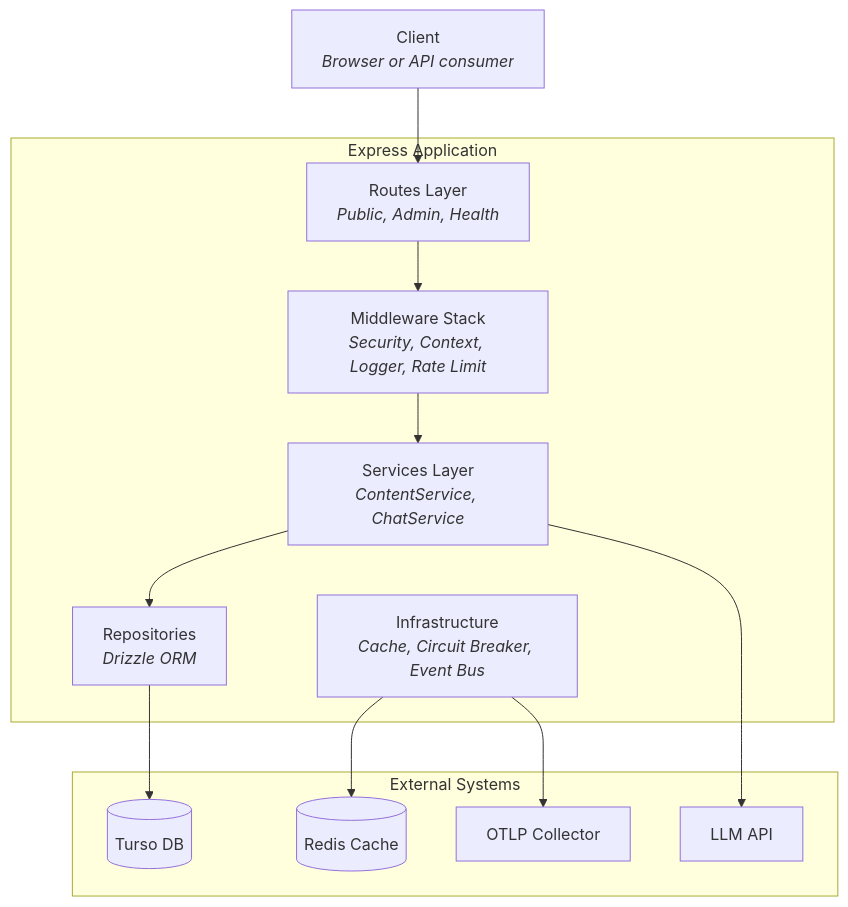
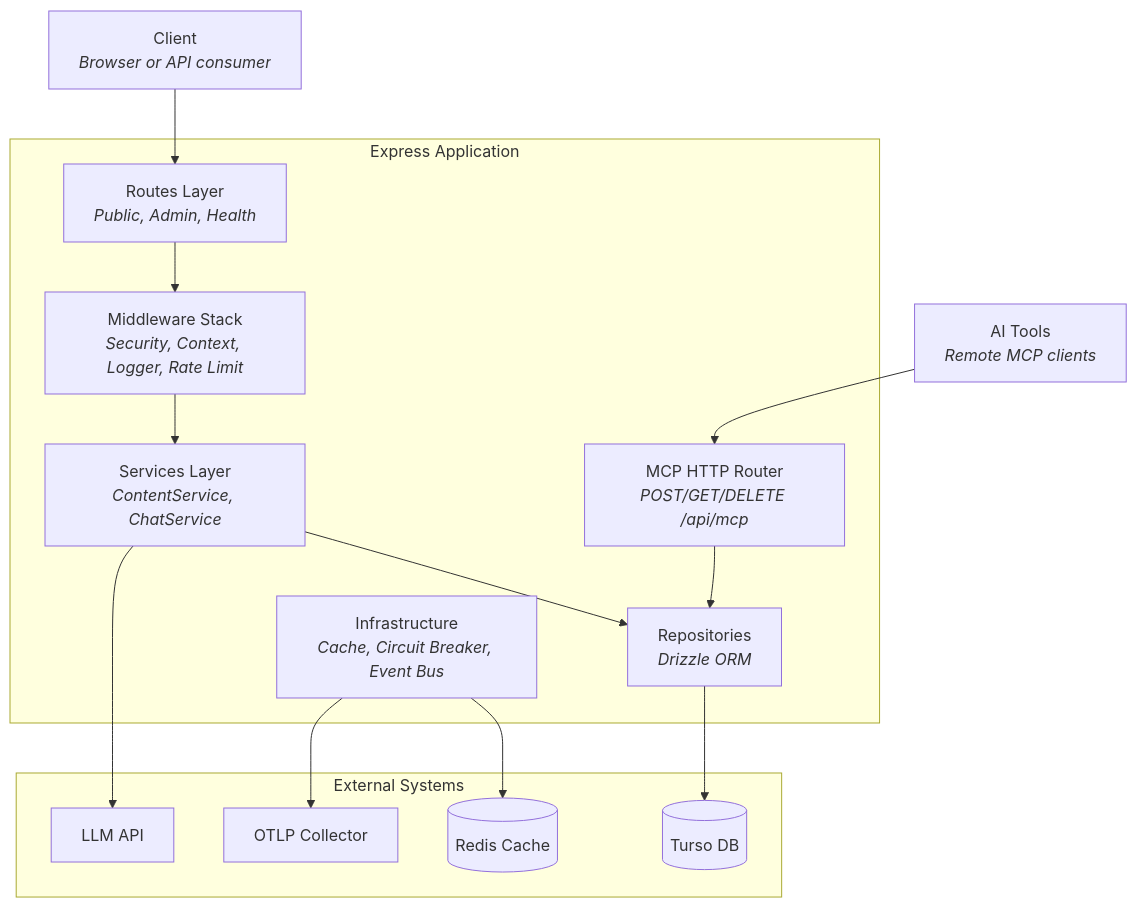
Before and after one commit to spencerjireh/portfolio-cms-express-backend-with-mcp-server: the second of 8 diagrams in docs-site/architecture/high-level-design.md, drawn with Mermaid. The commit also changed other lines of this file and 9 other files, not shown here.

First line of the commit message:
docs: update documentation for MCP HTTP transport and corrections

````diff
--- a/docs-site/architecture/high-level-design.md
+++ b/docs-site/architecture/high-level-design.md
@@ -87,28 +87,32 @@
 ```mermaid
 flowchart TB
     client["Client<br/><i>Browser or API consumer</i>"]
+    aiTools["AI Tools<br/><i>Remote MCP clients</i>"]
 
     subgraph app["Express Application"]
         routes["Routes Layer<br/><i>Public, Admin, Health</i>"]
+        mcpHTTP["MCP HTTP Router<br/><i>POST/GET/DELETE /api/mcp</i>"]
         middleware["Middleware Stack<br/><i>Security, Context, Logger, Rate Limit</i>"]
         services["Services Layer<br/><i>ContentService, ChatService</i>"]
         repos["Repositories<br/><i>Drizzle ORM</i>"]
         infra["Infrastructure<br/><i>Cache, Circuit Breaker, Event Bus</i>"]
     end
 
     subgraph External["External Systems"]
         turso[("Turso DB")]
         redis[("Redis Cache")]
         llm["LLM API"]
         otlp["OTLP Collector"]
     end
 
     client --> routes
+    aiTools --> mcpHTTP
     routes --> middleware
     middleware --> services
+    mcpHTTP --> repos
     services --> repos
     repos --> turso
     infra --> redis
     services --> llm
     infra --> otlp
 ```
````
